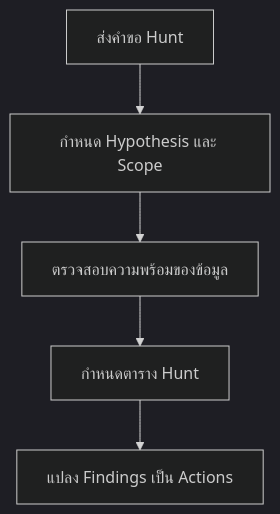
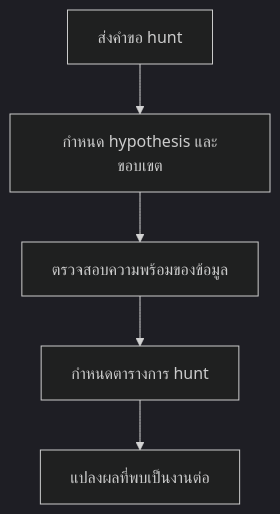
One commit to nutthakorn7/SOC-Standard-Operating-Procedures changed the diagram in 11_Reporting_Templates/Threat_Hunt_Request_Template.th.md. Above: the diagram before and after it, drawn with Mermaid (dark theme). The commit also changed other lines of this file and 20 other files, not shown here.

````diff
--- a/11_Reporting_Templates/Threat_Hunt_Request_Template.th.md
+++ b/11_Reporting_Templates/Threat_Hunt_Request_Template.th.md
@@ -6,7 +6,7 @@
 ```mermaid
 graph TD
-    A["ส่งคำขอ Hunt"] --> B["กำหนด Hypothesis และ Scope"]
+    A["ส่งคำขอ hunt"] --> B["กำหนด hypothesis และขอบเขต"]
     B --> C["ตรวจสอบความพร้อมของข้อมูล"]
-    C --> D["กำหนดตาราง Hunt"]
-    D --> E["แปลง Findings เป็น Actions"]
+    C --> D["กำหนดตารางการ hunt"]
+    D --> E["แปลงผลที่พบเป็นงานต่อ"]
 ```
````
